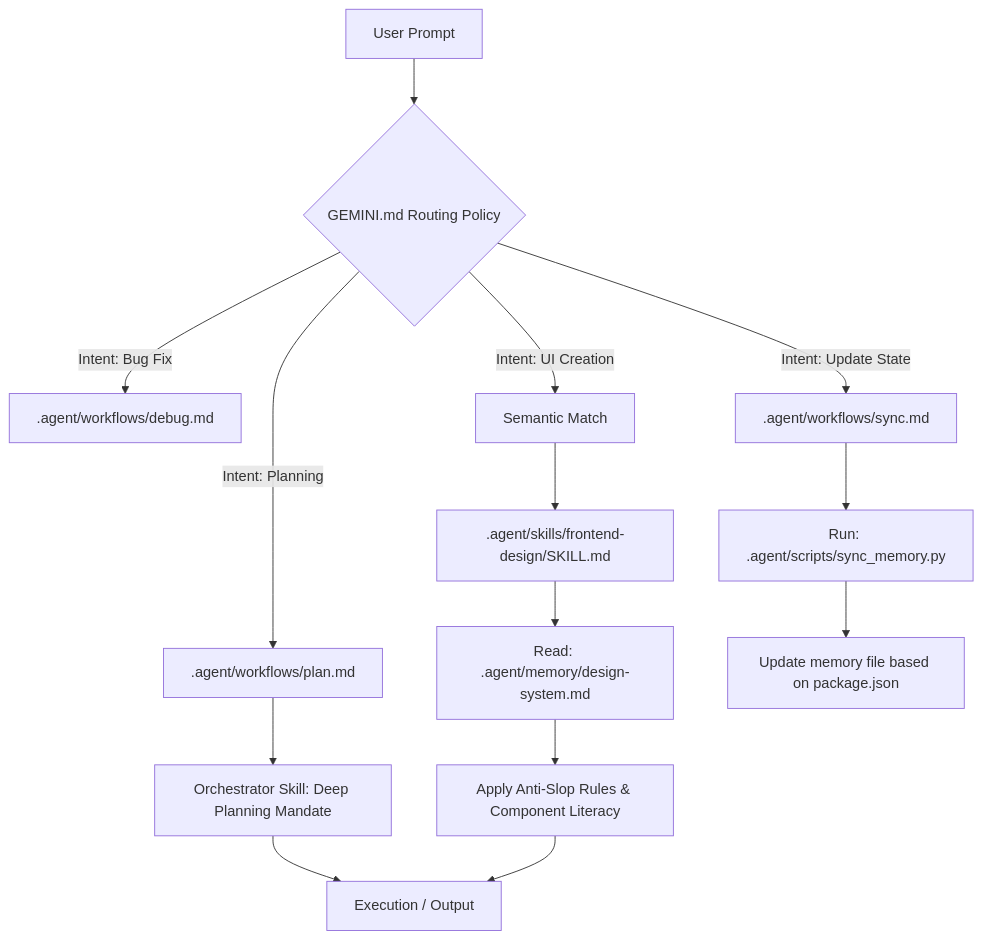
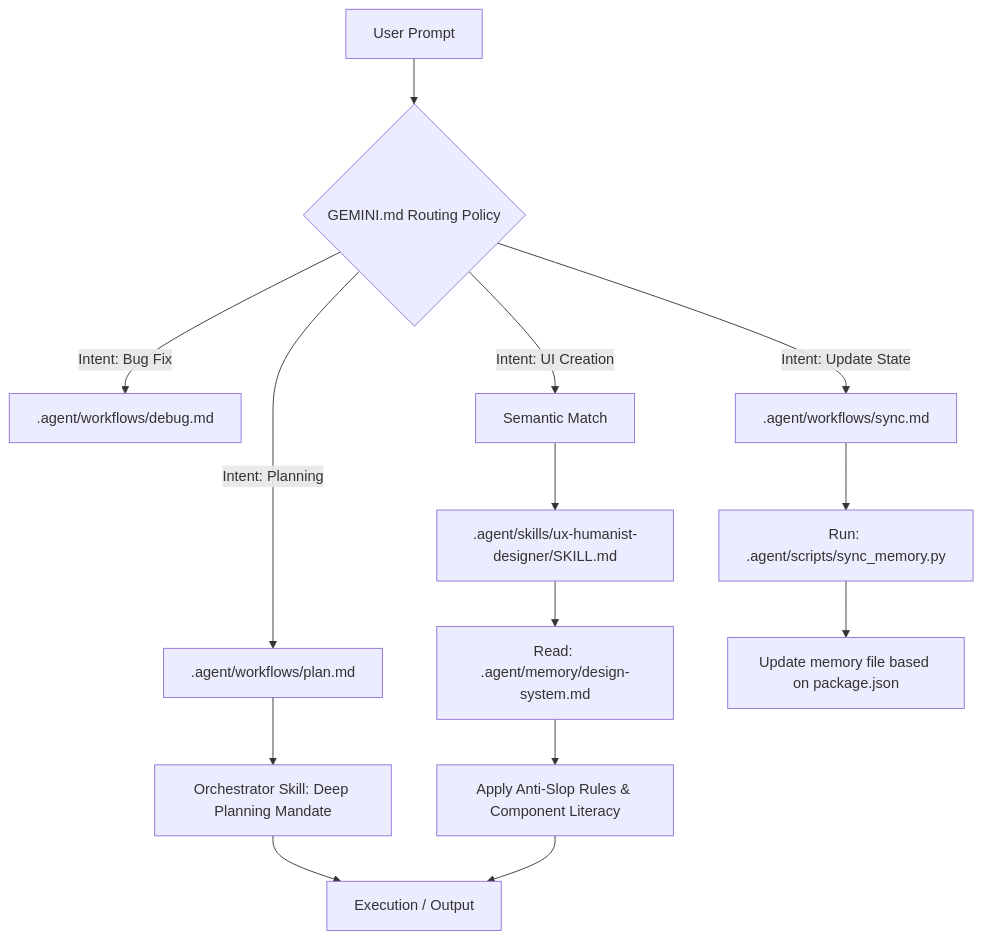
The diagram in docs/ARCHITECTURE.md (TudeOrangBiasa/zenithgravity-kit), drawn with Mermaid before and after one commit. The commit also changed other lines of this file and 18 other files, not shown here.

First line of the commit message:
feat: implement system-architect skill and expand memory sync dynamic detection

````diff
--- a/docs/ARCHITECTURE.md
+++ b/docs/ARCHITECTURE.md
@@ -34,20 +34,20 @@
 ```mermaid
 graph TD
     A[User Prompt] --> B{GEMINI.md Routing Policy}
 
     B -->|Intent: Planning| C[.agent/workflows/plan.md]
     B -->|Intent: Bug Fix| D[.agent/workflows/debug.md]
     B -->|Intent: Update State| E[.agent/workflows/sync.md]
     B -->|Intent: UI Creation| F[Semantic Match]
 
     C --> G[Orchestrator Skill: Deep Planning Mandate]
     G --> Z[Execution / Output]
 
-    F --> H[.agent/skills/frontend-design/SKILL.md]
+    F --> H[.agent/skills/ux-humanist-designer/SKILL.md]
     H --> I[Read: .agent/memory/design-system.md]
     I --> J[Apply Anti-Slop Rules & Component Literacy]
     J --> Z
 
     E --> K[Run: .agent/scripts/sync_memory.py]
     K --> L[Update memory file based on package.json]
 ```
````
